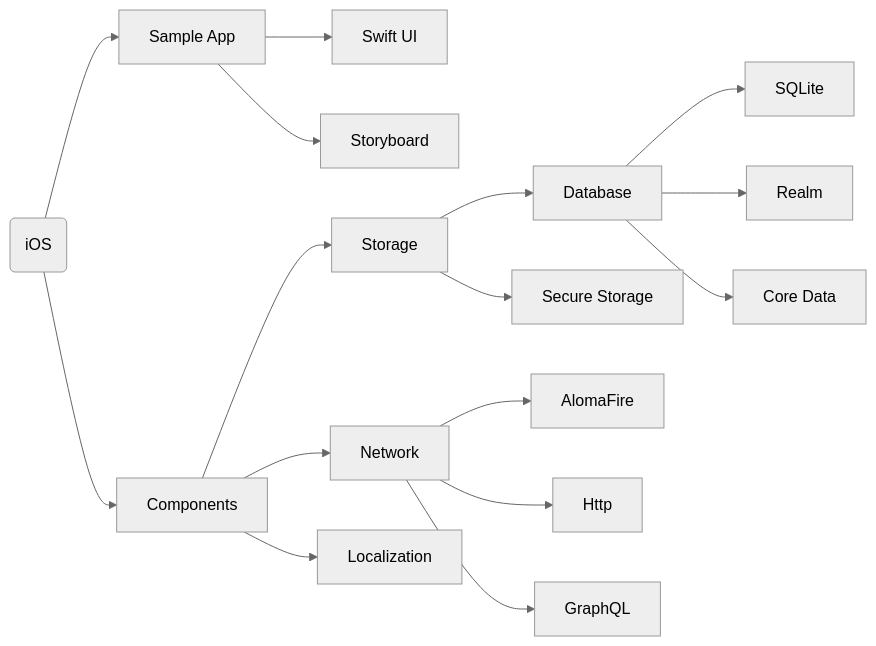
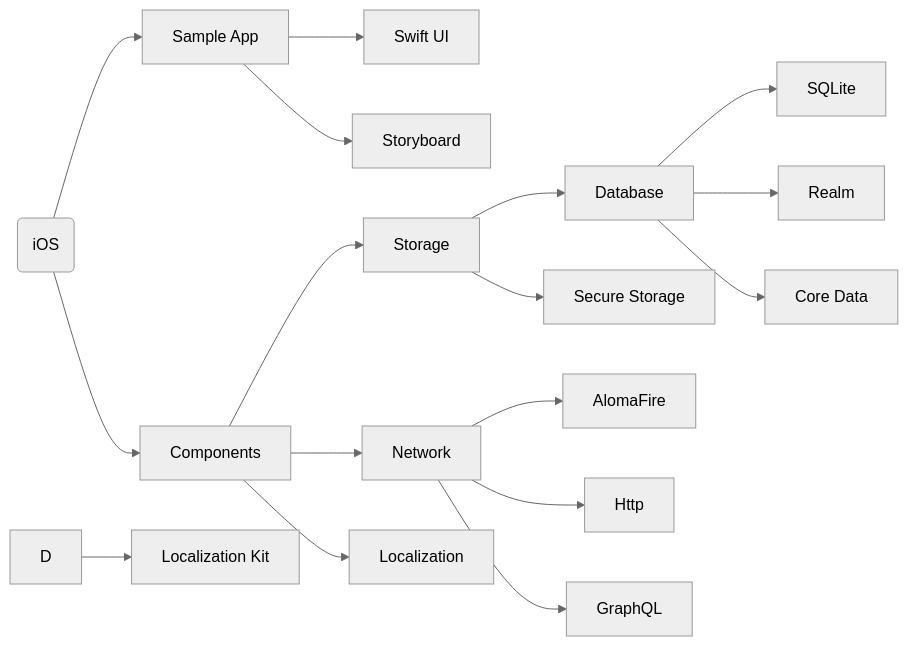
One commit to Packiaseelan/test changed the diagram in README.md. Above: the diagram before and after it, drawn with Mermaid (neutral theme).

````diff
--- a/README.md
+++ b/README.md
@@ -3,27 +3,29 @@
 ```mermaid
 graph LR
 
 A(iOS)
 
 A --> B[Sample App]
 A --> C[Components]
 
 B --> B1[Swift UI]
 B --> B2[Storyboard]
 
 C --> C1[Storage]
 C --> C2[Network]
 C --> C3[Localization]
 
 C1 --> C11[Database]
 C1 --> C12[Secure Storage]
 
 C11 --> C111[SQLite]
 C11 --> C112[Realm]
 C11 --> C113[Core Data]
 
 C2 --> C21[AlomaFire]
 C2 --> C22[Http]
 C2 --> C23[GraphQL]
 
+D --> D1[Localization Kit]
+
 ```
````
